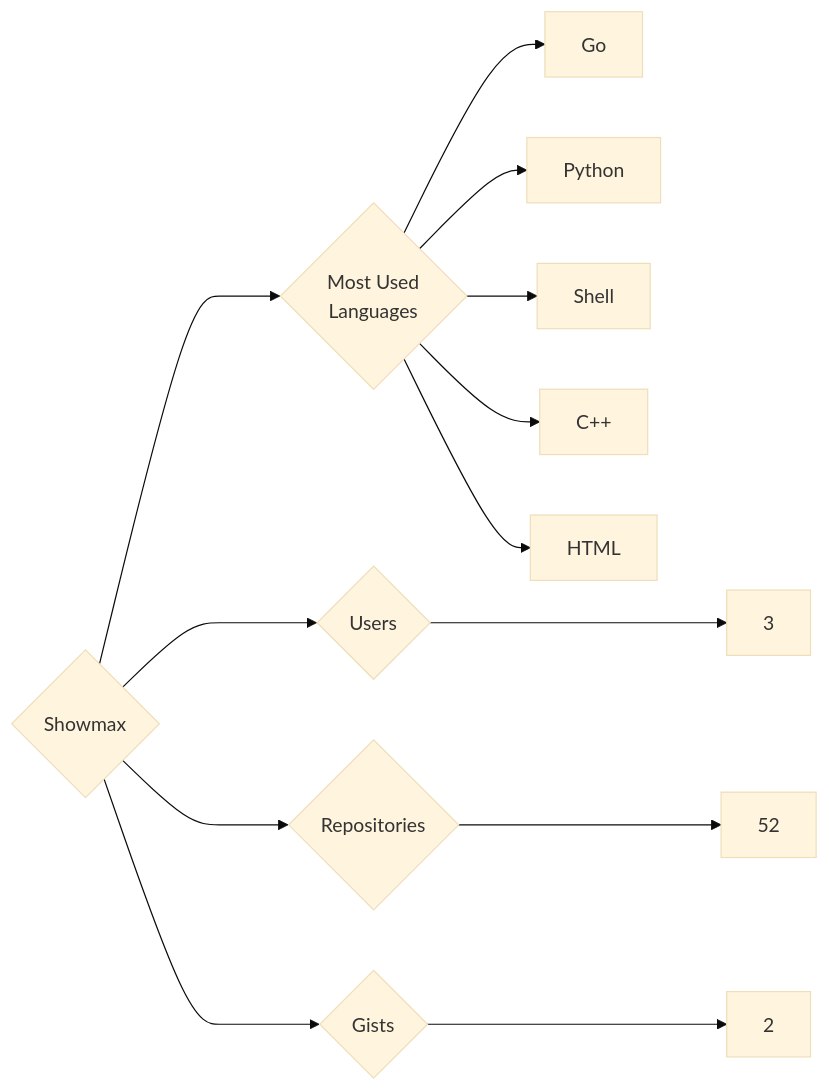
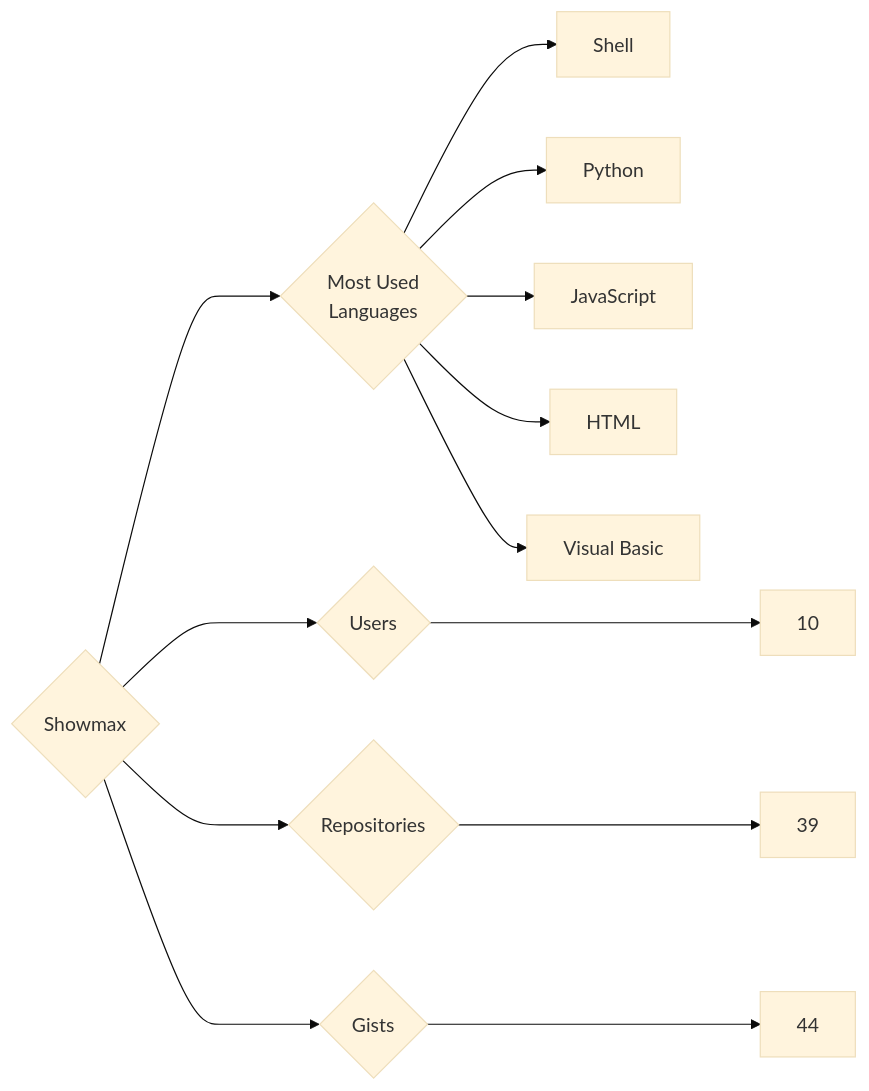
The diagram in targets/Showmax/README.md (trickest/insiders), drawn with Mermaid (base theme) before and after one commit. The commit also changed 748 other files, not shown here.

````diff
--- a/targets/Showmax/README.md
+++ b/targets/Showmax/README.md
@@ -3,13 +3,13 @@
 ```mermaid
 graph LR
 COMPANY_NAME{Showmax}
-COMPANY_NAME ---> U{Users} ---> UN[3]
-COMPANY_NAME ---> R{Repositories} ---> RN[52]
-COMPANY_NAME ---> G{Gists} ---> GN[2]
+COMPANY_NAME ---> U{Users} ---> UN[10]
+COMPANY_NAME ---> R{Repositories} ---> RN[39]
+COMPANY_NAME ---> G{Gists} ---> GN[44]
 COMPANY_NAME ---> ML{Most Used<br>Languages}
-ML --> Go[Go]
+ML --> Shell[Shell]
 ML --> Python[Python]
-ML --> Shell[Shell]
-ML --> C++[C++]
+ML --> JavaScript[JavaScript]
 ML --> HTML[HTML]
+ML --> Visual_Basic[Visual Basic]
 ```
````
